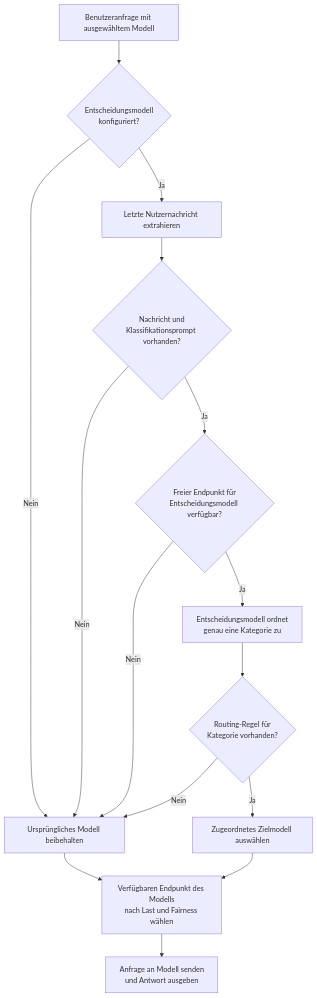
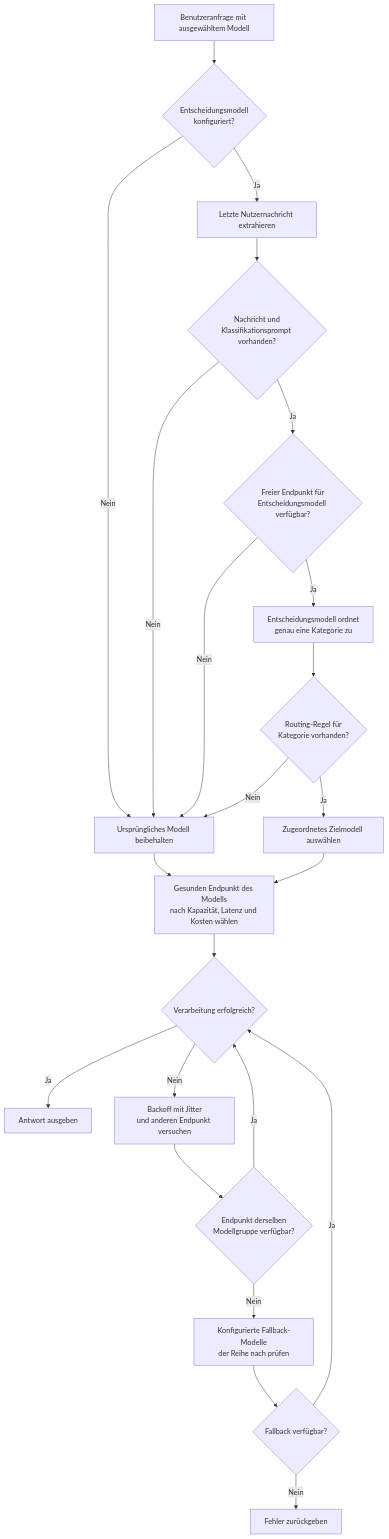
Before and after one commit to dareinelt/LLMInt: the first of 4 diagrams in README.md, drawn with Mermaid. The commit also changed other lines of this file and 2 other files, not shown here.

````diff
--- a/README.md
+++ b/README.md
@@ -57,17 +61,25 @@
 ```mermaid
 flowchart TD
     A[Benutzeranfrage mit ausgewähltem Modell] --> B{Entscheidungsmodell<br/>konfiguriert?}
     B -- Nein --> H[Ursprüngliches Modell beibehalten]
     B -- Ja --> C[Letzte Nutzernachricht extrahieren]
     C --> D{Nachricht und<br/>Klassifikationsprompt vorhanden?}
     D -- Nein --> H
     D -- Ja --> E{Freier Endpunkt für<br/>Entscheidungsmodell verfügbar?}
     E -- Nein --> H
     E -- Ja --> F[Entscheidungsmodell ordnet<br/>genau eine Kategorie zu]
     F --> G{Routing-Regel für<br/>Kategorie vorhanden?}
     G -- Nein --> H
     G -- Ja --> I[Zugeordnetes Zielmodell auswählen]
-    H --> J[Verfügbaren Endpunkt des Modells<br/>nach Last und Fairness wählen]
+    H --> J[Gesunden Endpunkt des Modells<br/>nach Kapazität, Latenz und Kosten wählen]
     I --> J
-    J --> K[Anfrage an Modell senden<br/>und Antwort ausgeben]
+    J --> K{Verarbeitung erfolgreich?}
+    K -- Ja --> L[Antwort ausgeben]
+    K -- Nein --> M[Backoff mit Jitter<br/>und anderen Endpunkt versuchen]
+    M --> N{Endpunkt derselben<br/>Modellgruppe verfügbar?}
+    N -- Ja --> K
+    N -- Nein --> O[Konfigurierte Fallback-Modelle<br/>der Reihe nach prüfen]
+    O --> P{Fallback verfügbar?}
+    P -- Ja --> K
+    P -- Nein --> Q[Fehler zurückgeben]
 ```
````
